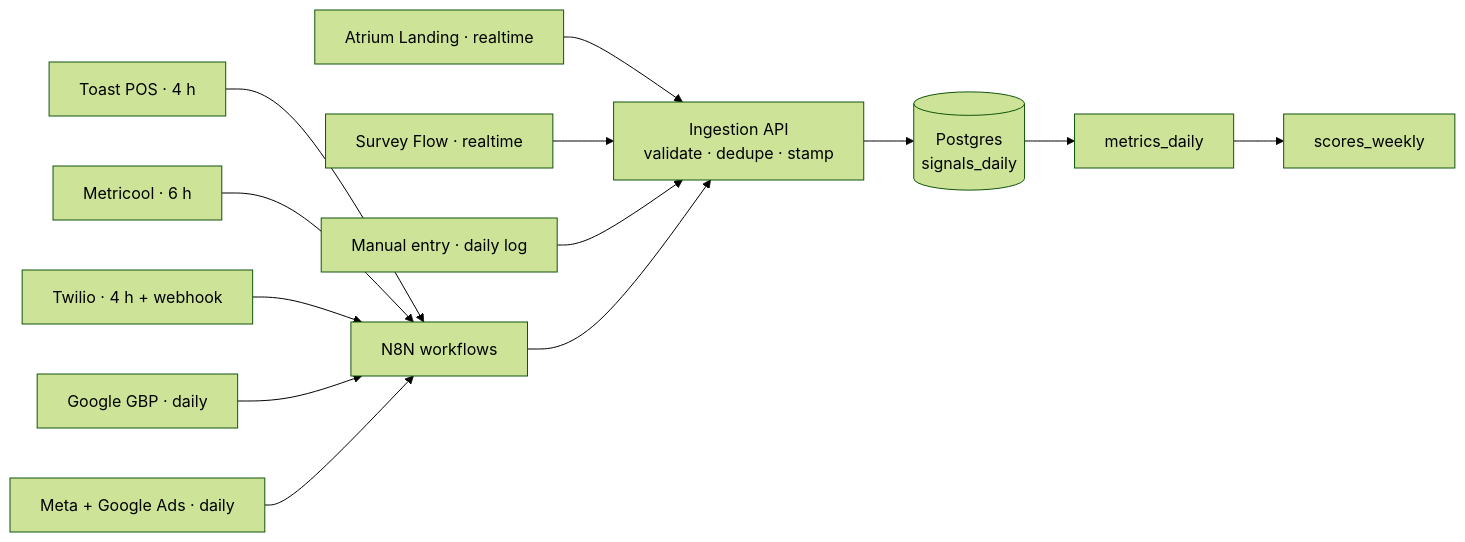
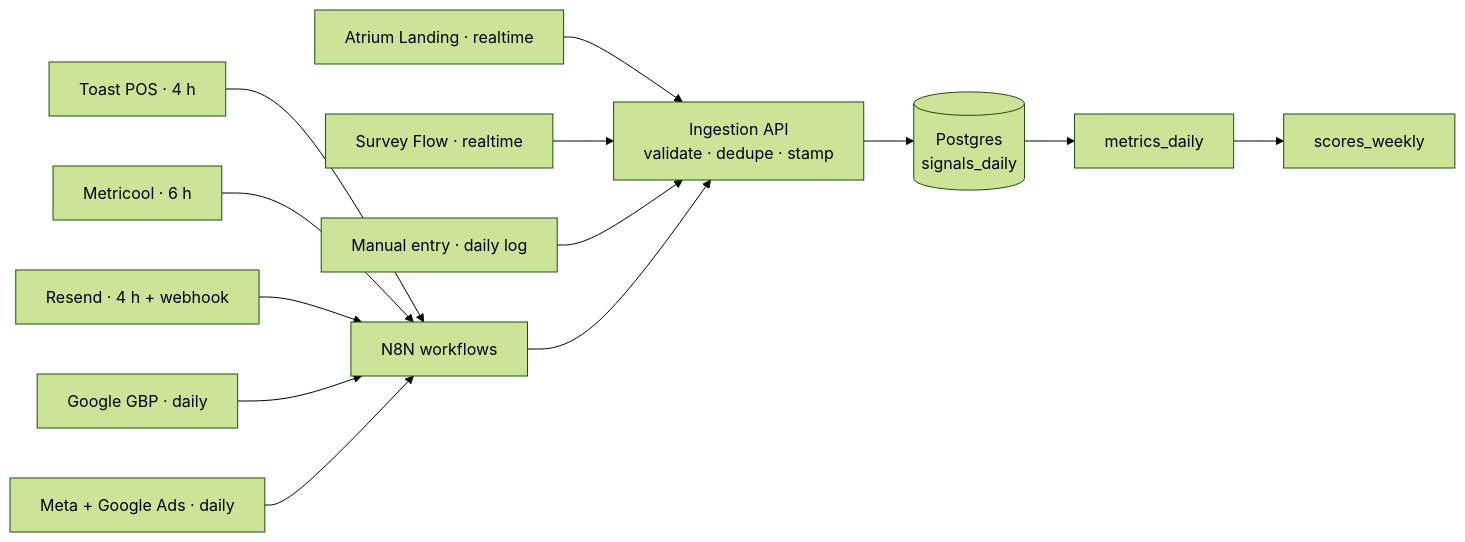
Before and after one commit to atriumad/atrium.agent.system: the diagram in apps/docs/docs/data/storage-and-pipeline.md, drawn with Mermaid (forest theme). The commit also changed other lines of this file and 62 other files, not shown here.

````diff
--- a/apps/docs/docs/data/storage-and-pipeline.md
+++ b/apps/docs/docs/data/storage-and-pipeline.md
@@ -28,14 +28,14 @@
 ```mermaid
 flowchart LR
   T["Toast POS · 4 h"] --> N
   MC["Metricool · 6 h"] --> N
-  TW["Twilio · 4 h + webhook"] --> N
+  RS["Resend · 4 h + webhook"] --> N
   GB["Google GBP · daily"] --> N
   AD["Meta + Google Ads · daily"] --> N
   H["Atrium Landing · realtime"] --> API
   SV["Survey Flow · realtime"] --> API
   MAN["Manual entry · daily log"] --> API
   N["N8N workflows"] --> API["Ingestion API<br/>validate · dedupe · stamp"]
   API --> DB[("Postgres<br/>signals_daily")]
   DB --> MD["metrics_daily"] --> SC["scores_weekly"]
 ```
````
